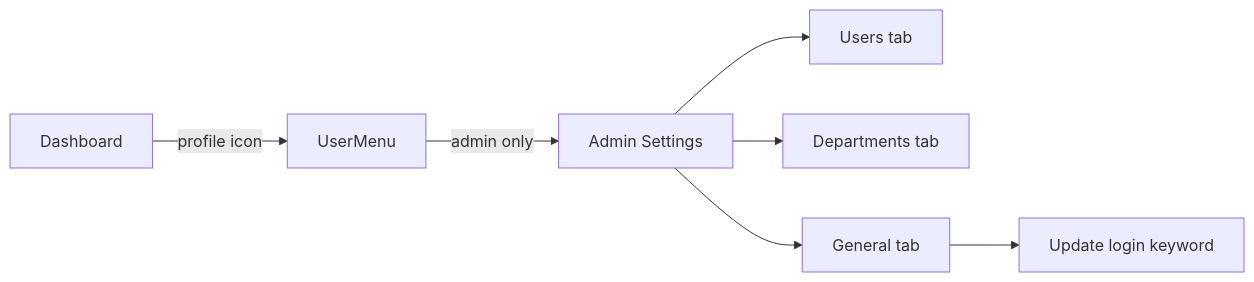
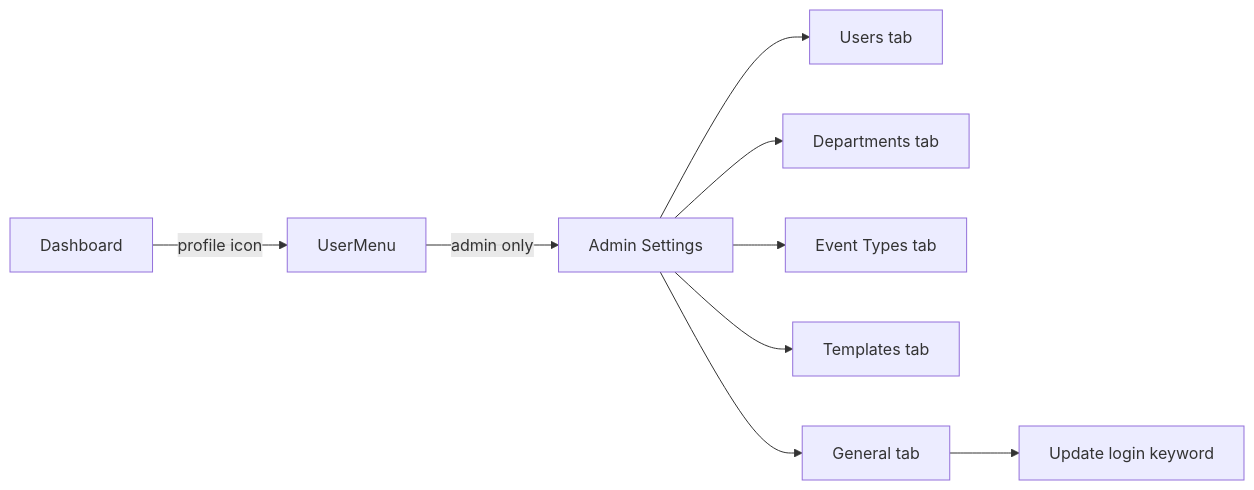
One commit to oncloudnintynineone-source/cloudy2 changed the third of 9 diagrams in progress.md. Above: the diagram before and after it, drawn with Mermaid. The commit also changed other lines of this file and 23 other files, not shown here.

````diff
--- a/progress.md
+++ b/progress.md
@@ -420,9 +428,11 @@
 ```mermaid
 flowchart LR
     A[Dashboard] -->|profile icon| B[UserMenu]
     B -->|admin only| C[Admin Settings]
     C --> D[Users tab]
     C --> E[Departments tab]
-    C --> F[General tab]
-    F --> G[Update login keyword]
+    C --> F[Event Types tab]
+    C --> G[Templates tab]
+    C --> H[General tab]
+    H --> I[Update login keyword]
 ```
````
